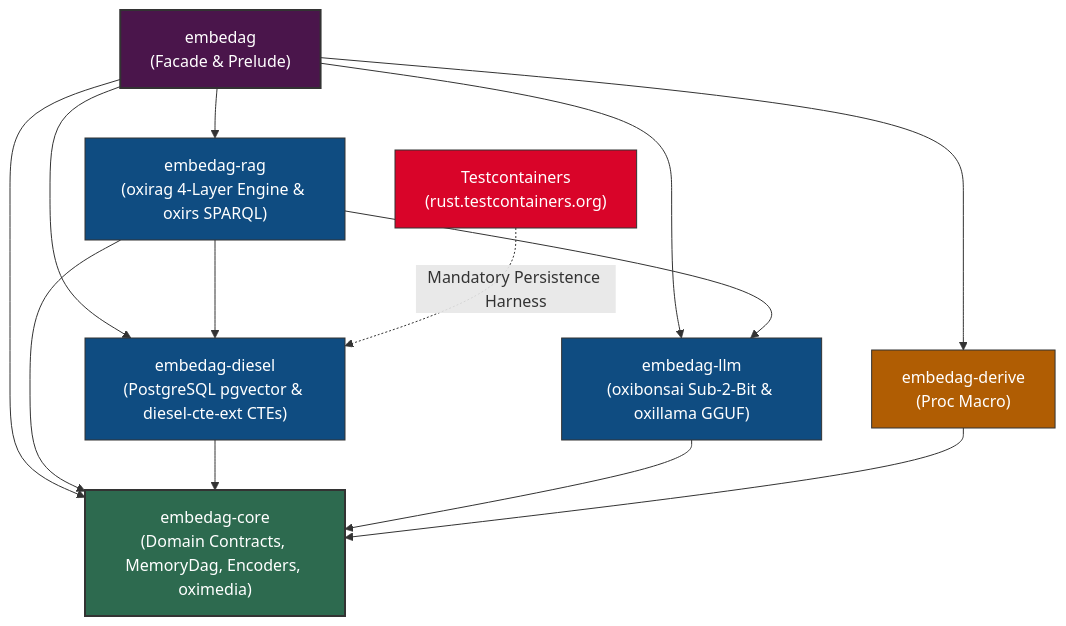
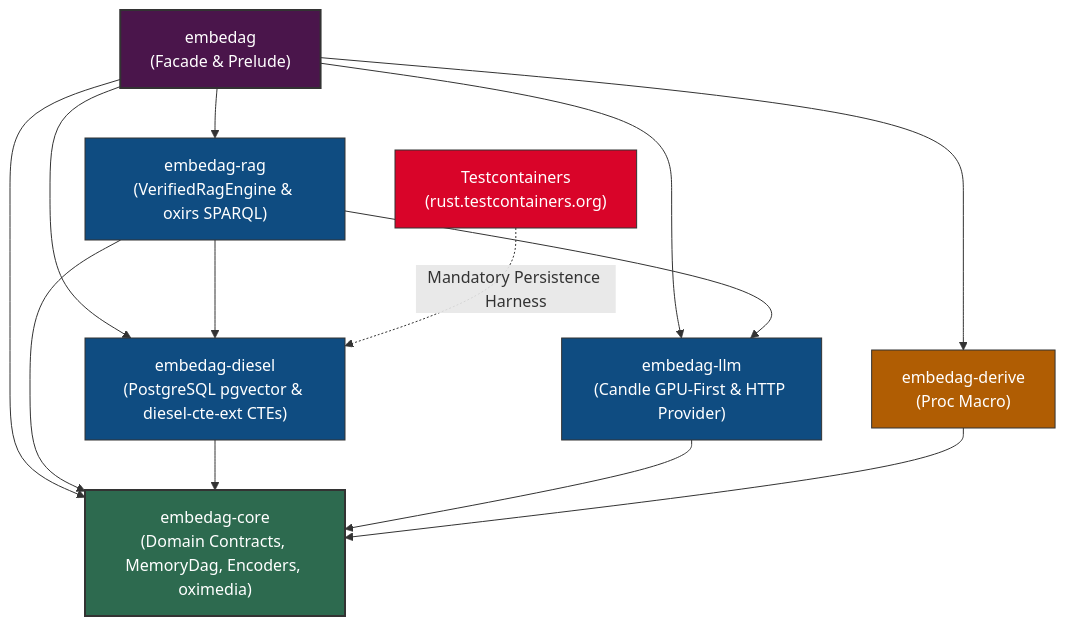
The diagram in doc/02_Workspace_Crate_Topology.md (yasuomaidana/embedag), drawn with Mermaid before and after one commit. The commit also changed other lines of this file and 42 other files, not shown here.

First line of the commit message:
[EMBEDAG-119] Remove oxirag/oxillama/oxibonsai (BUSL relicense) with pure-Rust replacements (#15)

````diff
--- a/doc/02_Workspace_Crate_Topology.md
+++ b/doc/02_Workspace_Crate_Topology.md
@@ -25,32 +25,32 @@
 ```mermaid
 flowchart TD
     classDef facade fill:#4a154b,stroke:#333,stroke-width:2px,color:#fff;
     classDef adapter fill:#0f4c81,stroke:#333,stroke-width:1px,color:#fff;
     classDef core fill:#2d6a4f,stroke:#333,stroke-width:2px,color:#fff;
     classDef macro fill:#b05d03,stroke:#333,stroke-width:1px,color:#fff;
     classDef testTool fill:#d90429,stroke:#333,stroke-width:1px,color:#fff;
 
     Facade["embedag<br/>(Facade & Prelude)"]:::facade
     Derive["embedag-derive<br/>(Proc Macro)"]:::macro
-    RAG["embedag-rag<br/>(oxirag 4-Layer Engine & oxirs SPARQL)"]:::adapter
+    RAG["embedag-rag<br/>(VerifiedRagEngine & oxirs SPARQL)"]:::adapter
     Diesel["embedag-diesel<br/>(PostgreSQL pgvector & diesel-cte-ext CTEs)"]:::adapter
-    LLM["embedag-llm<br/>(oxibonsai Sub-2-Bit & oxillama GGUF)"]:::adapter
+    LLM["embedag-llm<br/>(Candle GPU-First & HTTP Provider)"]:::adapter
     Core["embedag-core<br/>(Domain Contracts, MemoryDag, Encoders, oximedia)"]:::core
     TC["Testcontainers<br/>(rust.testcontainers.org)"]:::testTool
 
     Facade --> Core
     Facade --> Derive
     Facade --> LLM
     Facade --> Diesel
     Facade --> RAG
 
     RAG --> Core
     RAG --> Diesel
     RAG --> LLM
 
     Diesel --> Core
     LLM --> Core
     Derive --> Core
 
     TC -.->|Mandatory Persistence Harness| Diesel
 ```
````
